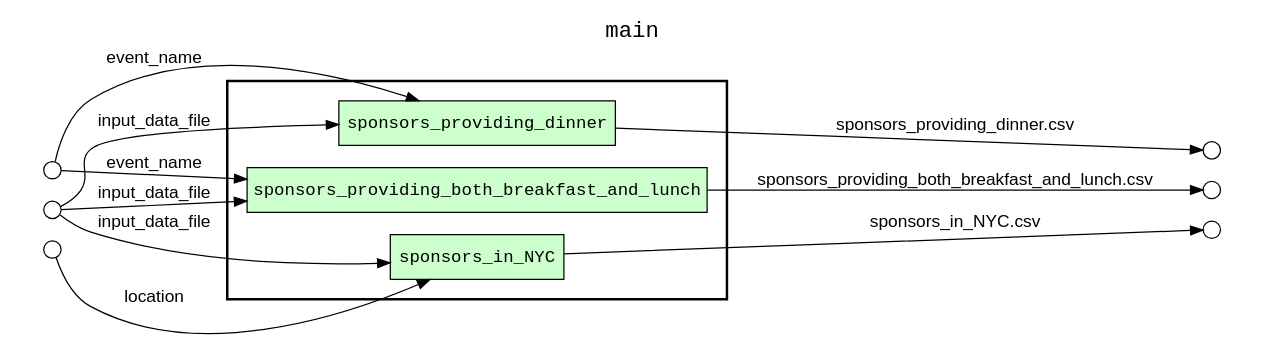
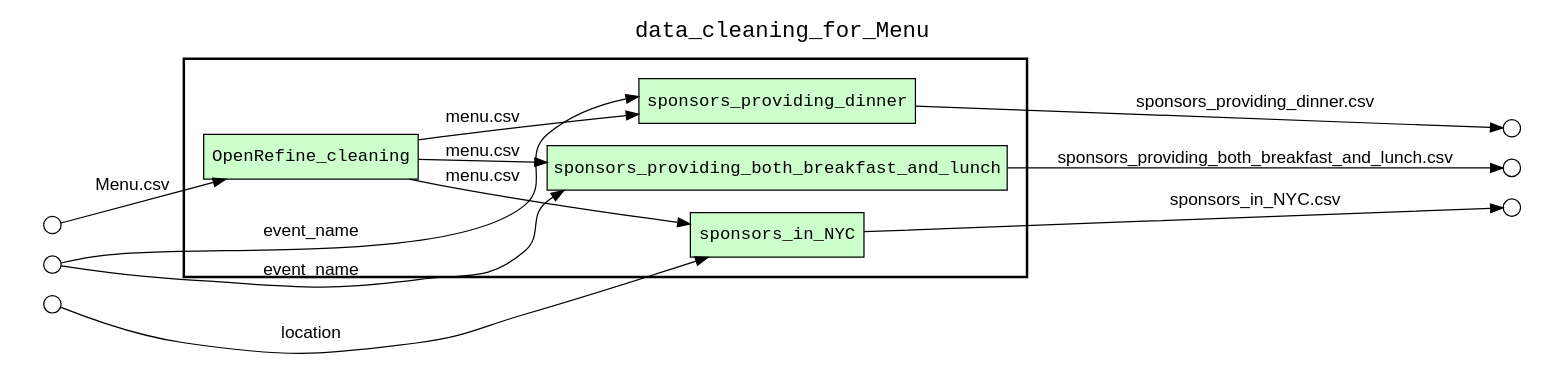
The diagram in yesWorkflow.gv (RuiSuuun/data-cleaning-project-513), drawn with Graphviz before and after one commit. The commit also changed 2 other files, not shown here.

Commit message:
Add OpenRefine steps into yesWorkflow

```diff
--- a/yesWorkflow.gv
+++ b/yesWorkflow.gv
@@ -1,38 +1,40 @@
 digraph Workflow {
 rankdir=LR
 fontname=Courier; fontsize=18; labelloc=t
-label=main
+label=data_cleaning_for_Menu
 subgraph cluster_workflow_box_outer { label=""; color=black; penwidth=2
 subgraph cluster_workflow_box_inner { label=""; color=white
 node[shape=box style=filled fillcolor="#CCFFCC" peripheries=1 fontname=Courier]
+OpenRefine_cleaning
 sponsors_providing_dinner
 sponsors_providing_both_breakfast_and_lunch
 sponsors_in_NYC
 edge[fontname=Helvetica]
+OpenRefine_cleaning -> sponsors_providing_dinner [label="menu.csv"]
+OpenRefine_cleaning -> sponsors_providing_both_breakfast_and_lunch [label="menu.csv"]
+OpenRefine_cleaning -> sponsors_in_NYC [label="menu.csv"]
 }}
 subgraph cluster_input_ports_group_outer { label=""; color=white
 subgraph cluster_input_ports_group_inner { label=""; color=white
 node[shape=circle style=filled fillcolor="#FFFFFF" peripheries=1 fontname=Courier width=0.2]
 event_name_input_port [label=""]
 location_input_port [label=""]
-input_data_file_input_port [label=""]
+"Menu.csv_input_port" [label=""]
 }}
 subgraph cluster_output_ports_group_outer { label=""; color=white
 subgraph cluster_output_ports_group_inner { label=""; color=white
 node[shape=circle style=filled fillcolor="#FFFFFF" peripheries=1 fontname=Courier width=0.2]
 "sponsors_providing_dinner.csv_output_port" [label=""]
 "sponsors_providing_both_breakfast_and_lunch.csv_output_port" [label=""]
 "sponsors_in_NYC.csv_output_port" [label=""]
 }}
 edge[fontname=Helvetica]
+"Menu.csv_input_port" -> OpenRefine_cleaning [label="Menu.csv"]
 event_name_input_port -> sponsors_providing_dinner [label=event_name]
 event_name_input_port -> sponsors_providing_both_breakfast_and_lunch [label=event_name]
-input_data_file_input_port -> sponsors_providing_dinner [label=input_data_file]
-input_data_file_input_port -> sponsors_providing_both_breakfast_and_lunch [label=input_data_file]
-input_data_file_input_port -> sponsors_in_NYC [label=input_data_file]
 location_input_port -> sponsors_in_NYC [label=location]
 edge[fontname=Helvetica]
 sponsors_providing_dinner -> "sponsors_providing_dinner.csv_output_port" [label="sponsors_providing_dinner.csv"]
 sponsors_providing_both_breakfast_and_lunch -> "sponsors_providing_both_breakfast_and_lunch.csv_output_port" [label="sponsors_providing_both_breakfast_and_lunch.csv"]
 sponsors_in_NYC -> "sponsors_in_NYC.csv_output_port" [label="sponsors_in_NYC.csv"]
 }
```
